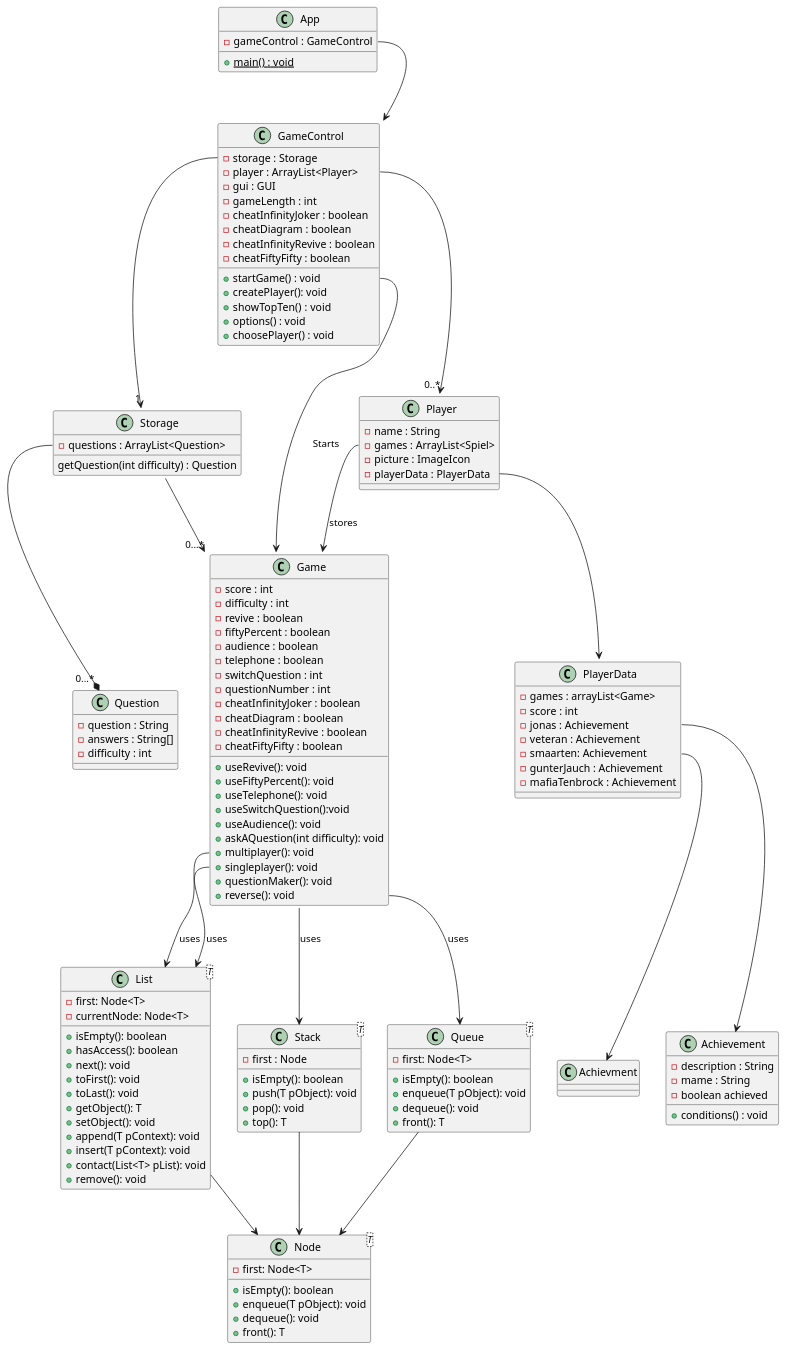
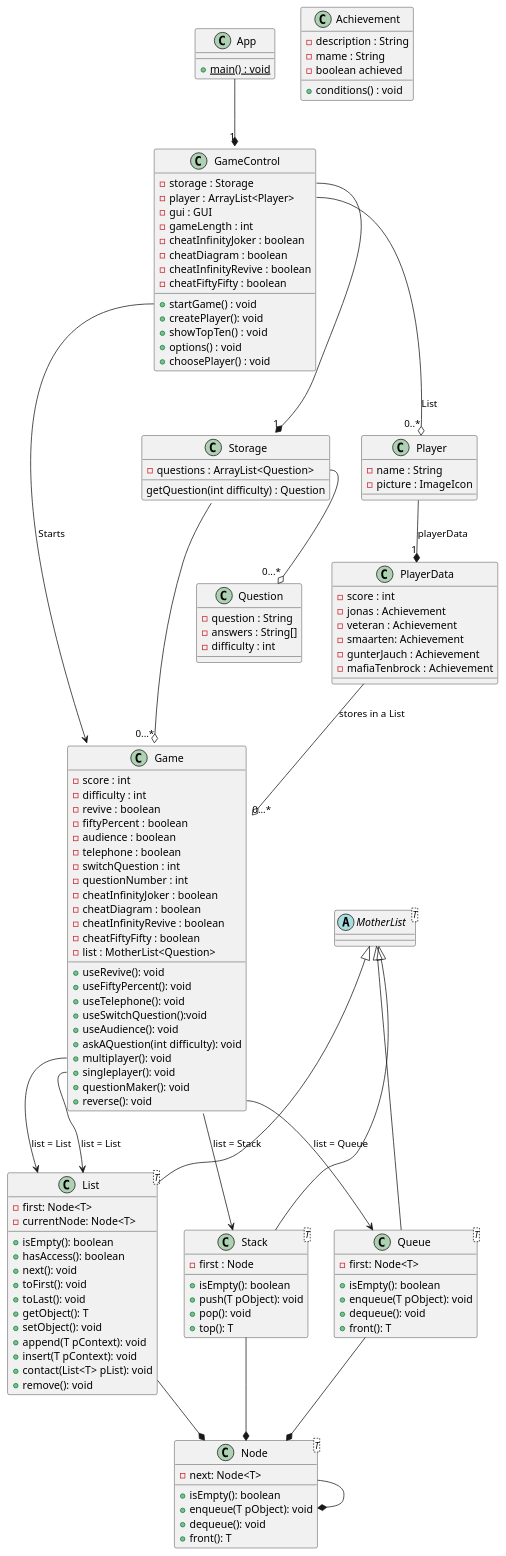
One commit to Stellaa1/dynamische-Datenstrukturen-Team-1 changed the diagram in doku/lastenheft/Diagramme/Klassendiagramm.puml. Above: the diagram before and after it, drawn with PlantUML. The commit also changed 1 other file, not shown here.

Commit message:
Klassendiagramm added

```diff
--- a/doku/lastenheft/Diagramme/Klassendiagramm.puml
+++ b/doku/lastenheft/Diagramme/Klassendiagramm.puml
@@ -1,148 +1,146 @@
 @startuml
 'https://plantuml.com/class-diagram
 
 class App {
--gameControl : GameControl
 +{static}main() : void
 }
 class Player{
 -name : String
--games : ArrayList<Spiel>
 -picture : ImageIcon
--playerData : PlayerData
 }
 class Game{
 -score : int
 -difficulty : int
 -revive : boolean
 -fiftyPercent : boolean
 -audience : boolean
 -telephone : boolean
 -switchQuestion : int
 -questionNumber : int
 -cheatInfinityJoker : boolean
 -cheatDiagram : boolean
 -cheatInfinityRevive : boolean
 -cheatFiftyFifty : boolean
+-list : MotherList<Question>
 
 +useRevive(): void
 +useFiftyPercent(): void
 +useTelephone(): void
 +useSwitchQuestion():void
 +useAudience(): void
 +askAQuestion(int difficulty): void
 +multiplayer(): void
 +singleplayer(): void
 +questionMaker(): void
 +reverse(): void
 
 }
 class Node<T>{
--first: Node<T>
+-next: Node<T>
 
 +isEmpty(): boolean
 +enqueue(T pObject): void
 +dequeue(): void
 +front(): T
 }
 class GameControl{
 -storage : Storage
 -player : ArrayList<Player>
 -gui : GUI
 -gameLength : int
 -cheatInfinityJoker : boolean
 -cheatDiagram : boolean
 -cheatInfinityRevive : boolean
 -cheatFiftyFifty : boolean
 
 +startGame() : void
 +createPlayer(): void
 +showTopTen() : void
 +options() : void
 +choosePlayer() : void
 }
 class Question{
 -question : String
 -answers : String[]
 -difficulty : int
 }
 class PlayerData{
-- games : arrayList<Game>
 - score : int
 - jonas : Achievement
 - veteran : Achievement
 - smaarten: Achievement
 - gunterJauch : Achievement
 - mafiaTenbrock : Achievement
+
+}
+abstract class MotherList<T>{
 
 }
 class Achievement{
 -description : String
 -mame : String
 -boolean achieved
 +conditions() : void
 }
 class Storage{
 -questions : ArrayList<Question>
 
 getQuestion(int difficulty) : Question
 }
 
 
 
-class Stack<T>{
+class Stack<T> extends MotherList{
 -first : Node
 
 +isEmpty(): boolean
 +push(T pObject): void
 +pop(): void
 +top(): T
 }
-class Queue<T>{
+class Queue<T> extends MotherList{
 -first: Node<T>
 
 +isEmpty(): boolean
 +enqueue(T pObject): void
 +dequeue(): void
 +front(): T
 }
 
-class List<T>{
+class List<T> extends MotherList{
 -first: Node<T>
 -currentNode: Node<T>
 
 +isEmpty(): boolean
 +hasAccess(): boolean
 +next(): void
 +toFirst(): void
 +toLast(): void
 +getObject(): T
 +setObject(): void
 +append(T pContext): void
 +insert(T pContext): void
 +contact(List<T> pList): void
 +remove(): void
 }
-List --> Node
-Stack --> Node
-Queue --> Node
+List --* Node
+Stack --* Node
+Queue --* Node
+Node --* Node
 
-Storage::questions --* "0...*"Question
+Storage::questions --o "0...*"Question
 GameControl::startGame --> Game : Starts
 
-Player::games --> Game : stores
-
-Game::multiplayer --> List : uses
-Game::singleplayer --> List : uses
-Game::reverse --> Queue : uses
-Game::questions --> Stack : uses
-GameControl::storage --> "1"Storage
-GameControl::player --> "0..*"Player
-Storage::games --> "0...*"Game
-Player::playerData --> PlayerData
-PlayerData::jonas --> Achievement
-PlayerData::smaarten --> Achievment
-App::gameControl --> GameControl
+PlayerData --o "0...*"Game : stores in a List
+Player --* "1"PlayerData : playerData
+Game::multiplayer --> List : list = List
+Game::singleplayer --> List : list = List
+Game::reverse --> Queue : list = Queue
+Game::questions --> Stack : list = Stack
+GameControl::storage --* "1"Storage
+GameControl::player --o "0..*"Player : List
+Storage::games --o "0...*"Game
+App --* "1"GameControl
 
 
 @enduml
```
